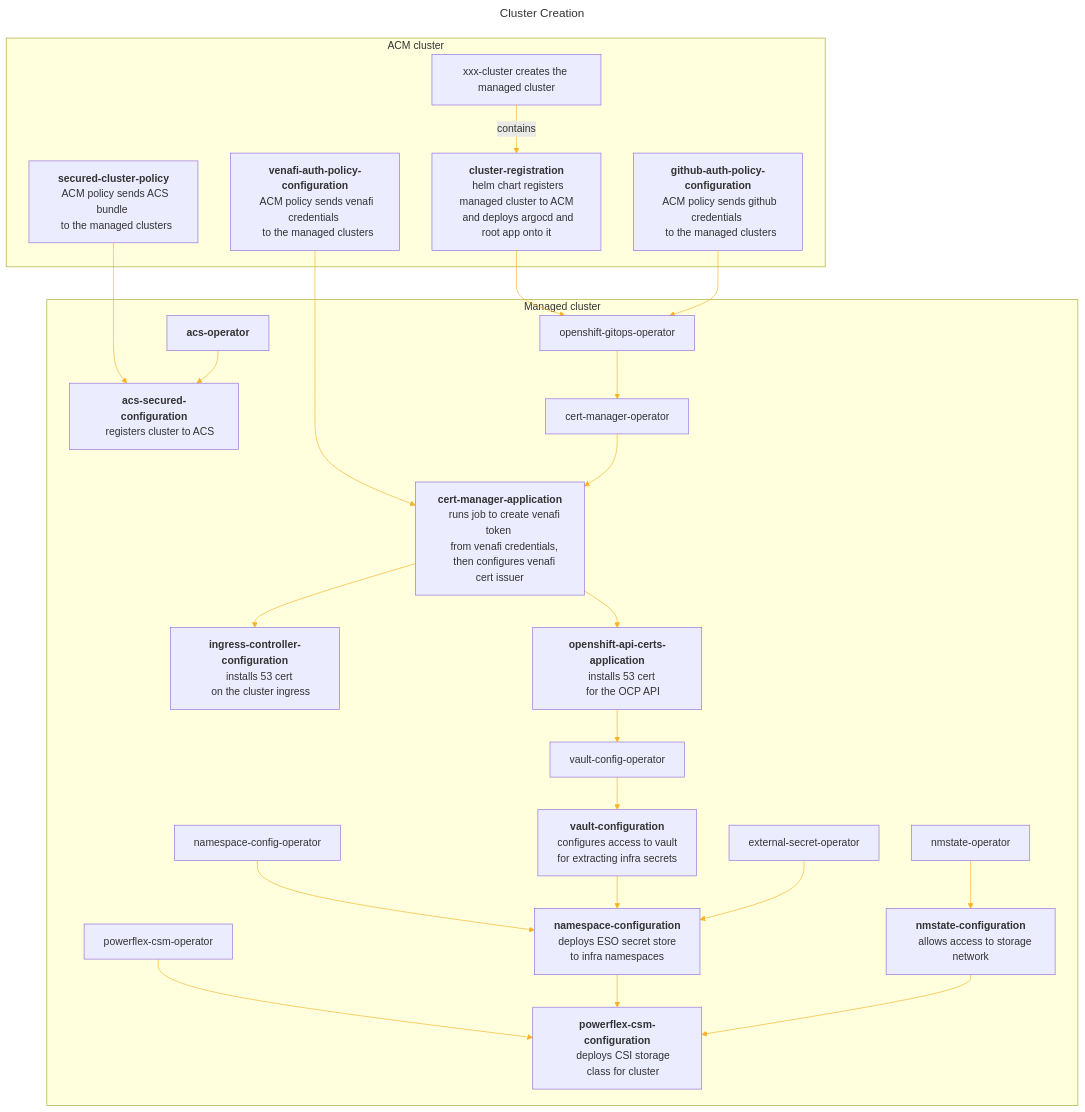
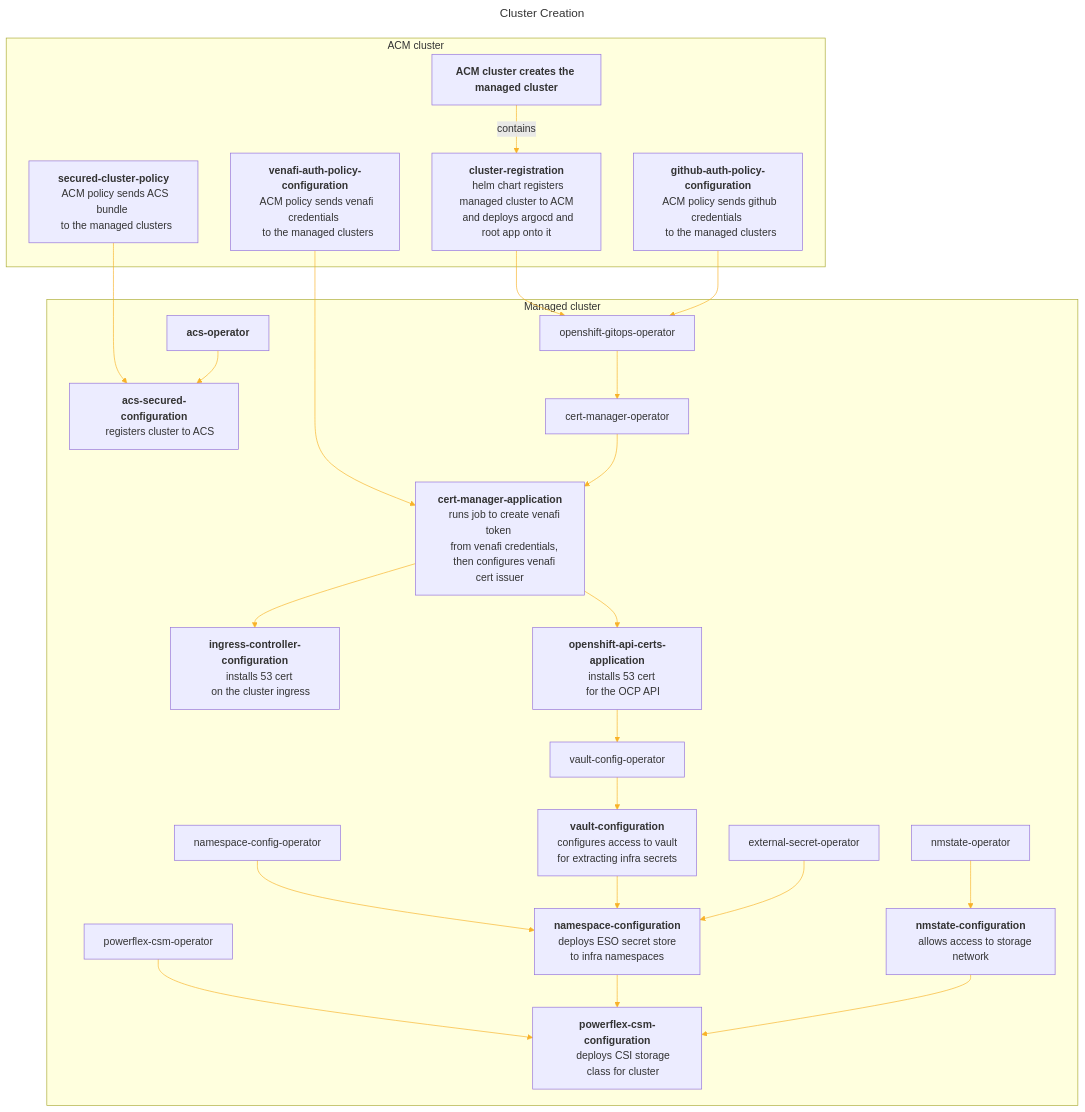
One commit to mmwillingham/acm changed the diagram in test-mermaid/test-mermaid.build.md. Above: the diagram before and after it, drawn with Mermaid.

````diff
--- a/test-mermaid/test-mermaid.build.md
+++ b/test-mermaid/test-mermaid.build.md
@@ -2,68 +2,68 @@
 ```mermaid
 ---
 title: Cluster Creation
 ---
 %%{
   init: {
     'theme': 'default',
     'themeVariables': {
       'primaryColor': '#BB2528',
       'primaryTextColor': '#fff',
       'primaryBorderColor': '#7C0000',
       'lineColor': '#F8B229',
       'secondaryColor': '#006100',
       'tertiaryColor': '#fff'
     }
   }
 }%%
 flowchart TD
 venafi-auth-policy-configuration --> cert-manager-application
 cluster-registration --> openshift-gitops-operator
 github-auth-policy-configuration --> openshift-gitops-operator
 secured-cluster-policy --> acs-secured-configuration
 subgraph ACM cluster
-xxx-cluster["xxx-cluster creates the managed cluster"] -- contains --> cluster-registration["<b>cluster-registration</b>
+xxx-cluster["<b>ACM cluster creates the managed cluster</b>"] -- contains --> cluster-registration["<b>cluster-registration</b>
   helm chart registers managed cluster to ACM
   and deploys argocd and root app onto it"]
 venafi-auth-policy-configuration["<b>venafi-auth-policy-configuration</b>
   ACM policy sends venafi credentials 
   to the managed clusters"]
 github-auth-policy-configuration["<b>github-auth-policy-configuration</b>
   ACM policy sends github credentials 
   to the managed clusters"]
 secured-cluster-policy["<b>secured-cluster-policy</b>
   ACM policy sends ACS bundle 
   to the managed clusters"]
 end
 subgraph Managed cluster
 openshift-gitops-operator --> cert-manager-operator
 cert-manager-operator --> cert-manager-application["<b>cert-manager-application</b>
     runs job to create venafi token 
     from venafi credentials, 
     then configures venafi cert issuer"]
 cert-manager-application --> ingress-controller-configuration["<b>ingress-controller-configuration</b>
     installs 53 cert 
     on the cluster ingress"]
 cert-manager-application --> openshift-api-certs-application["<b>openshift-api-certs-application</b>
     installs 53 cert 
     for the OCP API"]    
 openshift-api-certs-application --> vault-config-operator
 vault-config-operator --> vault-configuration["<b>vault-configuration</b>
     configures access to vault 
     for extracting infra secrets"]
 nmstate-operator --> nmstate-configuration["<b>nmstate-configuration</b>
     allows access to storage network"]
 namespace-config-operator --> namespace-configuration["<b>namespace-configuration</b>
     deploys ESO secret store 
     to infra namespaces"]
 vault-configuration --> namespace-configuration
 external-secret-operator --> namespace-configuration
 powerflex-csm-operator --> powerflex-csm-configuration["<b>powerflex-csm-configuration</b>
     deploys CSI storage
     class for cluster"]
 namespace-configuration --> powerflex-csm-configuration
 nmstate-configuration --> powerflex-csm-configuration
 acs-operator["<b>acs-operator</b>"] --> acs-secured-configuration["<b>acs-secured-configuration</b>
     registers cluster to ACS"]    
 end
 ```
````
